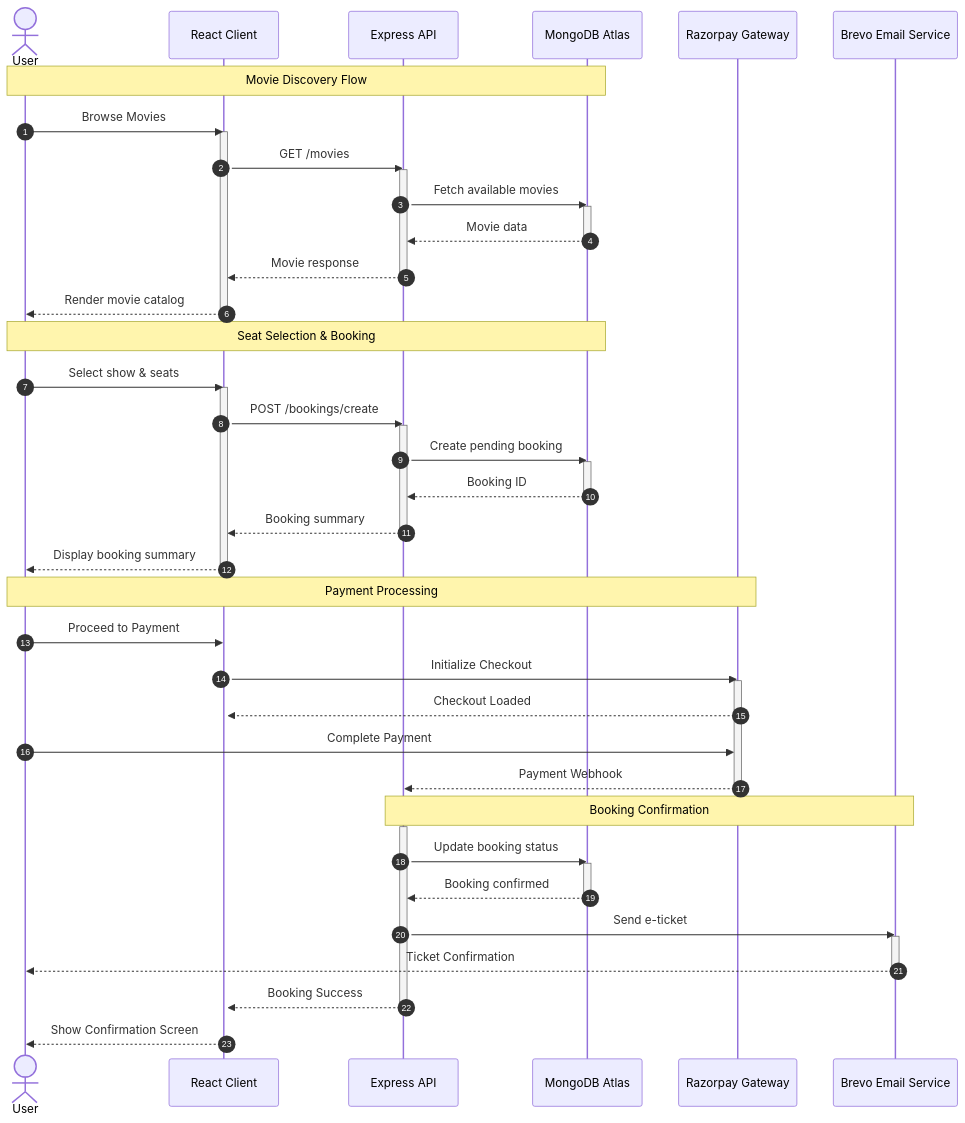
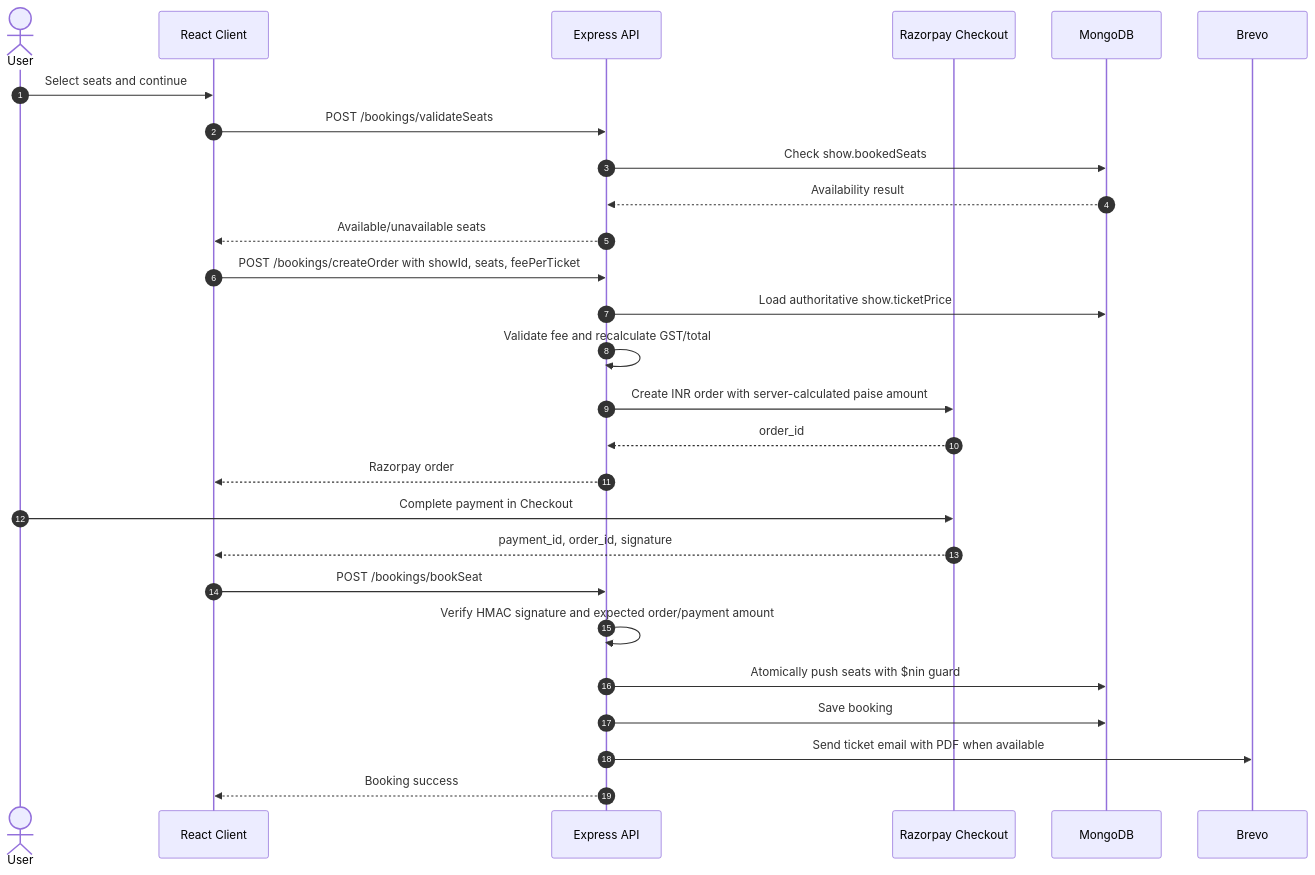
One commit to Shravan-509/BookMyShow changed the second of 2 diagrams in README.md. Above: the diagram before and after it, drawn with Mermaid. The commit also changed other lines of this file and 38 other files, not shown here.

````diff
--- a/README.md
+++ b/README.md
@@ -131,104 +61,30 @@
 ```mermaid
 sequenceDiagram
     autonumber
-
     actor User
-
     participant Client as React Client
     participant API as Express API
-    participant DB as MongoDB Atlas
-    participant Razorpay as Razorpay Gateway
-    participant Email as Brevo Email Service
+    participant Razorpay as Razorpay Checkout
+    participant DB as MongoDB
+    participant Email as Brevo
 
-    %% --------------------------------------------------
-    %% Movie Discovery
-    %% --------------------------------------------------
-
-    Note over User,DB: Movie Discovery Flow
-
-    User->>Client: Browse Movies
-    activate Client
-
-    Client->>API: GET /movies
-    activate API
-
-    API->>DB: Fetch available movies
-    activate DB
-
-    DB-->>API: Movie data
-    deactivate DB
-
-    API-->>Client: Movie response
-    deactivate API
-
-    Client-->>User: Render movie catalog
-    deactivate Client
-
-    %% --------------------------------------------------
-    %% Booking Creation
-    %% --------------------------------------------------
-
-    Note over User,DB: Seat Selection & Booking
-
-    User->>Client: Select show & seats
-    activate Client
-
-    Client->>API: POST /bookings/create
-    activate API
-
-    API->>DB: Create pending booking
-    activate DB
-
-    DB-->>API: Booking ID
-    deactivate DB
-
-    API-->>Client: Booking summary
-    deactivate API
-
-    Client-->>User: Display booking summary
-    deactivate Client
-
-    %% --------------------------------------------------
-    %% Payment Flow
-    %% --------------------------------------------------
-
-    Note over User,Razorpay: Payment Processing
-
-    User->>Client: Proceed to Payment
-    activate Client
-
-    Client->>Razorpay: Initialize Checkout
-    activate Razorpay
-
-    Razorpay-->>Client: Checkout Loaded
-
-    User->>Razorpay: Complete Payment
-
-    Razorpay-->>API: Payment Webhook
-    deactivate Razorpay
-
-    %% --------------------------------------------------
-    %% Booking Confirmation
-    %% --------------------------------------------------
-
-    Note over API,Email: Booking Confirmation
-
-    activate API
-
-    API->>DB: Update booking status
-    activate DB
-
-    DB-->>API: Booking confirmed
-    deactivate DB
-
-    API->>Email: Send e-ticket
-    activate Email
-
-    Email-->>User: Ticket Confirmation
-    deactivate Email
-
-    API-->>Client: Booking Success
-    deactivate API
-
-    Client-->>User: Show Confirmation Screen
+    User->>Client: Select seats and continue
+    Client->>API: POST /bookings/validateSeats
+    API->>DB: Check show.bookedSeats
+    DB-->>API: Availability result
+    API-->>Client: Available/unavailable seats
+    Client->>API: POST /bookings/createOrder with showId, seats, feePerTicket
+    API->>DB: Load authoritative show.ticketPrice
+    API->>API: Validate fee and recalculate GST/total
+    API->>Razorpay: Create INR order with server-calculated paise amount
+    Razorpay-->>API: order_id
+    API-->>Client: Razorpay order
+    User->>Razorpay: Complete payment in Checkout
+    Razorpay-->>Client: payment_id, order_id, signature
+    Client->>API: POST /bookings/bookSeat
+    API->>API: Verify HMAC signature and expected order/payment amount
+    API->>DB: Atomically push seats with $nin guard
+    API->>DB: Save booking
+    API->>Email: Send ticket email with PDF when available
+    API-->>Client: Booking success
 ```
````
